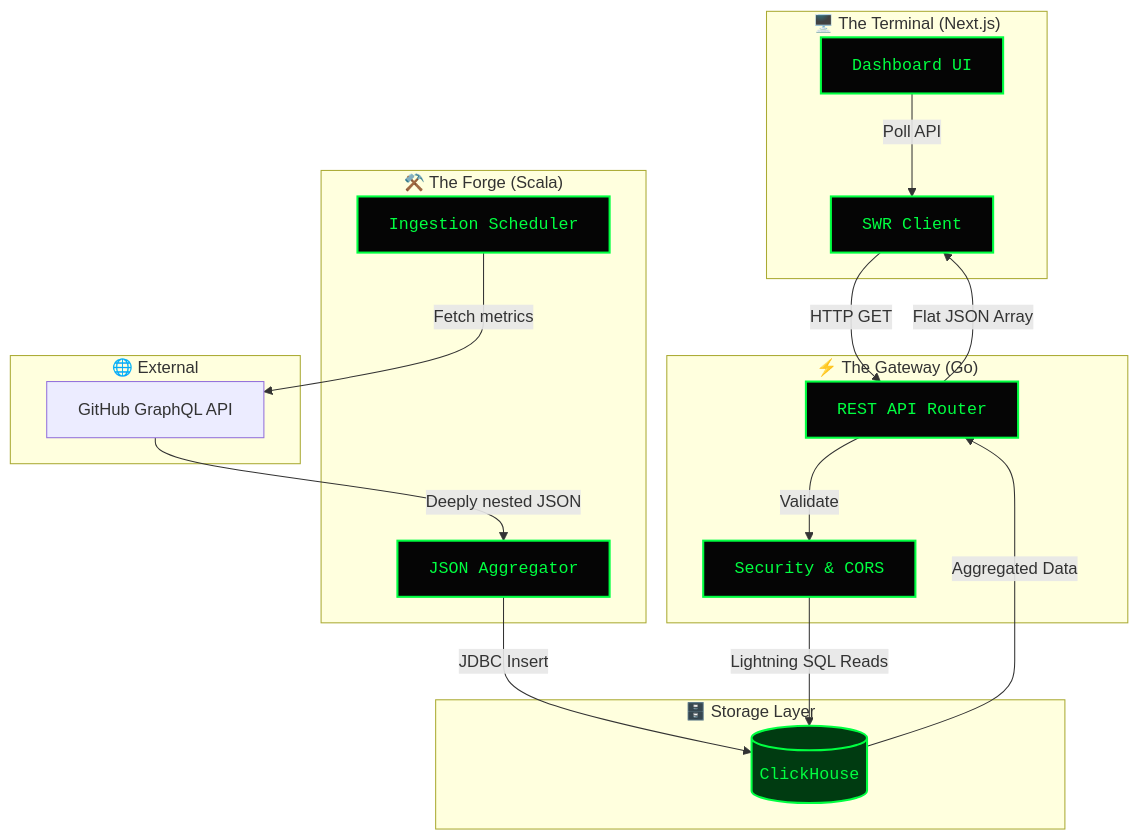
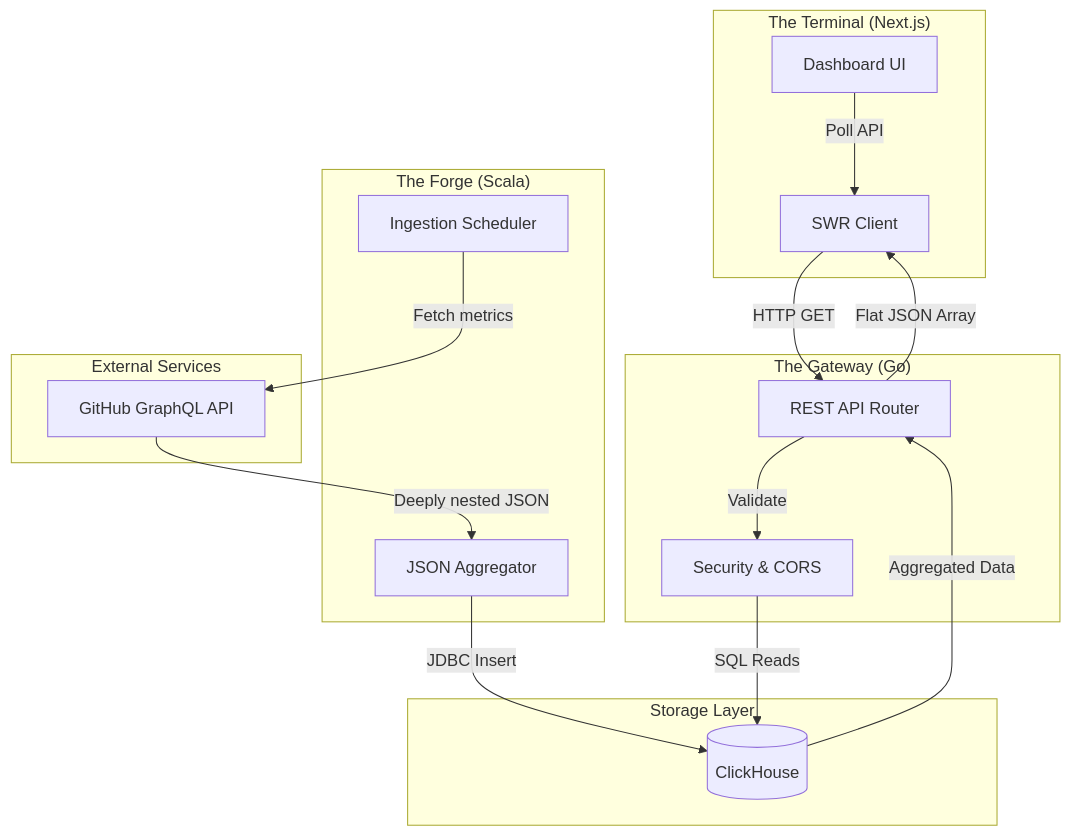
One commit to pd241008/OmniStat changed the first of 2 diagrams in README.md. Above: the diagram before and after it, drawn with Mermaid. The commit also changed other lines of this file, not shown here.

Commit message:
docs: update project README to reflect design changes and refined system architecture descriptions

````diff
--- a/README.md
+++ b/README.md
@@ -16,43 +18,37 @@
 ```mermaid
 graph TD
-    subgraph Frontend["🖥️ The Terminal (Next.js)"]
+    subgraph Frontend["The Terminal (Next.js)"]
         UI[Dashboard UI]
         Hydration[SWR Client]
     end
 
-    subgraph Backend["⚡ The Gateway (Go)"]
+    subgraph Backend["The Gateway (Go)"]
         API[REST API Router]
         Sec[Security & CORS]
     end
 
-    subgraph Storage["🗄️ Storage Layer"]
+    subgraph Storage["Storage Layer"]
         CH[(ClickHouse)]
     end
 
-    subgraph Data["⚒️ The Forge (Scala)"]
+    subgraph Data["The Forge (Scala)"]
         Cron[Ingestion Scheduler]
         Parser[JSON Aggregator]
     end
 
-    subgraph External["🌐 External"]
+    subgraph External["External Services"]
         GH[GitHub GraphQL API]
     end
 
     %% Flow
     Cron -->|Fetch metrics| GH
     GH -->|Deeply nested JSON| Parser
     Parser -->|JDBC Insert| CH
 
     UI -->|Poll API| Hydration
     Hydration -->|HTTP GET| API
     API -->|Validate| Sec
-    Sec -->|Lightning SQL Reads| CH
+    Sec -->|SQL Reads| CH
     CH -->|Aggregated Data| API
     API -->|Flat JSON Array| Hydration
-
-    classDef component fill:#050505,stroke:#00FF41,stroke-width:2px,color:#00FF41,font-family:monospace;
-    classDef db fill:#003B11,stroke:#00FF41,stroke-width:2px,color:#00FF41,font-family:monospace;
-    
-    class UI,Hydration,API,Sec,Cron,Parser component;
-    class CH db;
 ```
````
